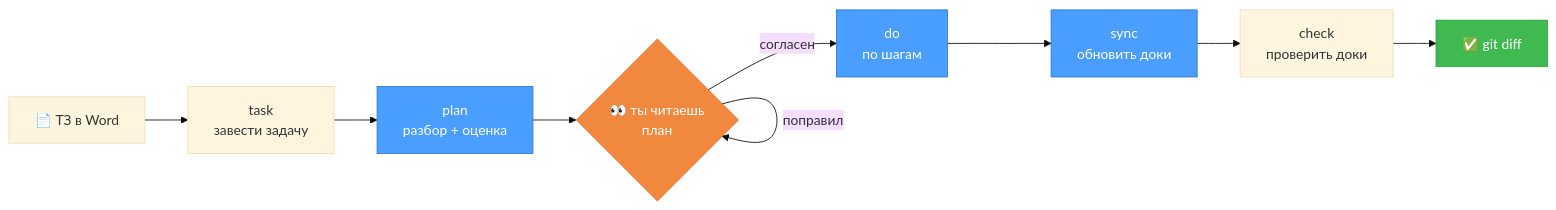
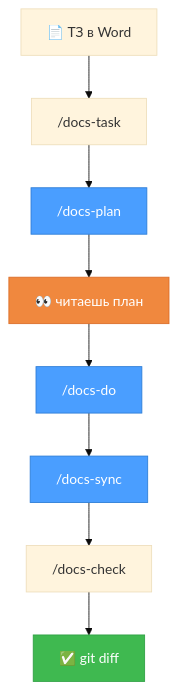
Before and after one commit to portner-boop/project-memory: the diagram in README.md, drawn with Mermaid (base theme). The commit also changed other lines of this file and 37 other files, not shown here.

First line of the commit message:
refactor: drop the CLI, ship as an npm package, fix the flow diagram

````diff
--- a/README.md
+++ b/README.md
@@ -110,17 +113,16 @@
 ```mermaid
-flowchart LR
-    TZ["📄 ТЗ в Word"] --> T["task<br/>завести задачу"]
-    T --> P["plan<br/>разбор + оценка"]
-    P --> R{"👀 ты читаешь<br/>план"}
-    R -- "поправил" --> R
-    R -- "согласен" --> D["do<br/>по шагам"]
-    D --> S["sync<br/>обновить доки"]
-    S --> C["check<br/>проверить доки"]
-    C --> G["✅ git diff"]
+flowchart TD
+    A["📄 ТЗ в Word"] --> B["/docs-task"]
+    B --> C["/docs-plan"]
+    C --> D["👀 читаешь план"]
+    D --> E["/docs-do"]
+    E --> F["/docs-sync"]
+    F --> G["/docs-check"]
+    G --> H["✅ git diff"]
 
-    style P fill:#4a9eff,stroke:#2c7cd6,color:#fff
-    style D fill:#4a9eff,stroke:#2c7cd6,color:#fff
-    style S fill:#4a9eff,stroke:#2c7cd6,color:#fff
-    style R fill:#f0883e,stroke:#db6d28,color:#fff
-    style G fill:#3fb950,stroke:#2ea043,color:#fff
+    style C fill:#4a9eff,stroke:#2c7cd6,color:#fff
+    style E fill:#4a9eff,stroke:#2c7cd6,color:#fff
+    style F fill:#4a9eff,stroke:#2c7cd6,color:#fff
+    style D fill:#f0883e,stroke:#db6d28,color:#fff
+    style H fill:#3fb950,stroke:#2ea043,color:#fff
 ```
````
